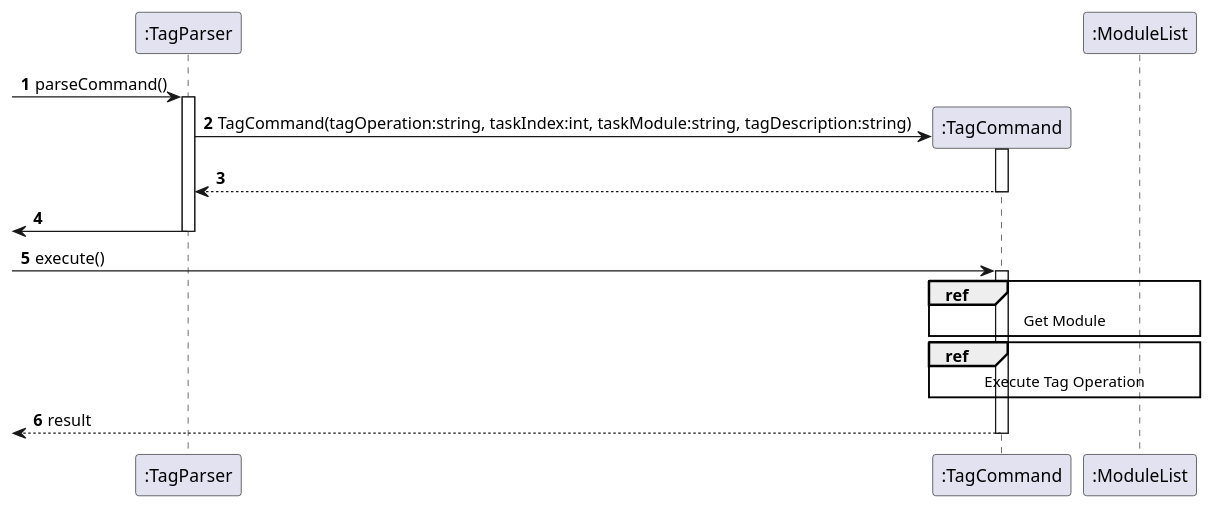
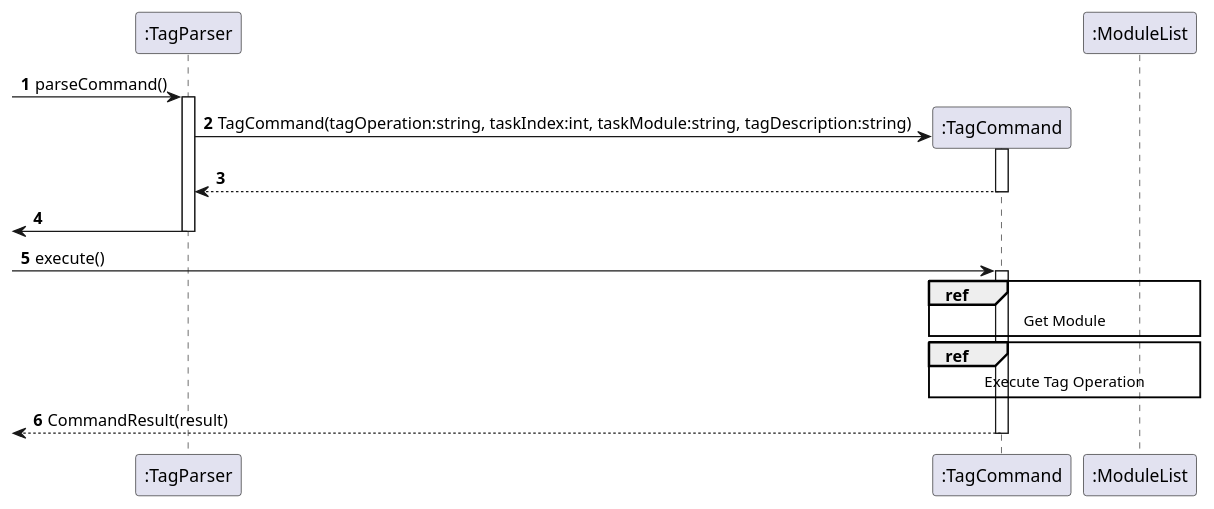
One commit to nus-cs2113-AY2122S2/tp changed the diagram in docs/TagSeqDiagram/Tag.puml. Above: the diagram before and after it, drawn with PlantUML. The commit also changed 2 other files, not shown here.

Commit message:
Update Sequence Diagrams

```diff
--- a/docs/TagSeqDiagram/Tag.puml
+++ b/docs/TagSeqDiagram/Tag.puml
@@ -1,26 +1,26 @@
 @startuml
 'https://plantuml.com/sequence-diagram
 
 autonumber
 skinparam shadowing false
 participant ":TagParser" as TagParser
 participant ":TagCommand" as TagCommand
 participant ":ModuleList" as ModuleList
 
 [->TagParser:parseCommand()
 create TagCommand
 activate TagParser
 TagParser -> TagCommand: TagCommand(tagOperation:string, taskIndex:int, taskModule:string, tagDescription:string)
 activate TagCommand
 return
 [<- TagParser
 deactivate TagParser
 
 [->TagCommand:execute()
 activate TagCommand
 
 ref over TagCommand, ModuleList: Get Module
 
 ref over TagCommand, ModuleList: Execute Tag Operation
-return result
+return CommandResult(result)
 @enduml
```
